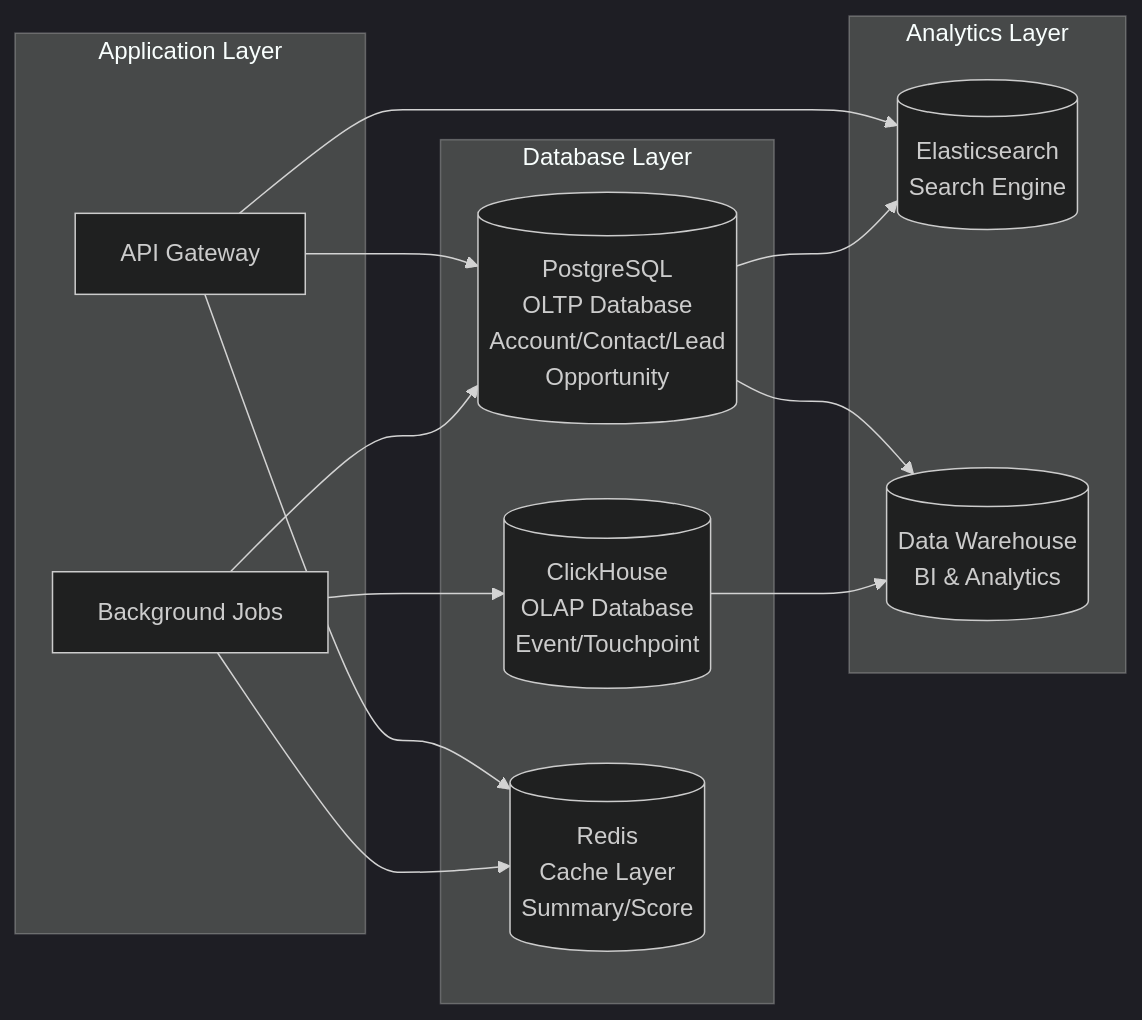
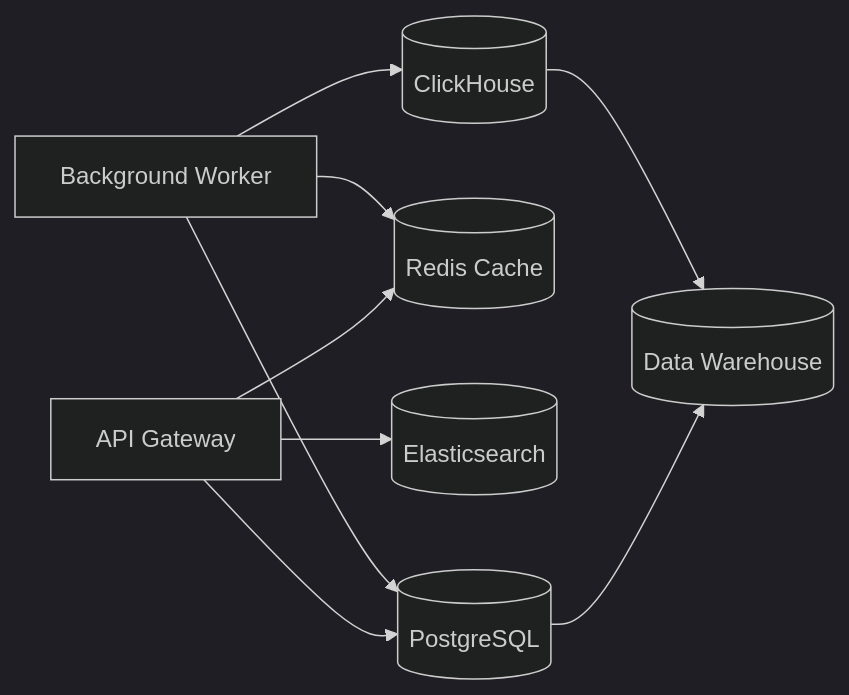
Before and after one commit to 312268112/advanced-java: the second of 25 diagrams in docs/b2b-cdp-entity-design.md, drawn with Mermaid (dark theme). The commit also changed other lines of this file, not shown here.

````diff
--- a/docs/b2b-cdp-entity-design.md
+++ b/docs/b2b-cdp-entity-design.md
@@ -107,28 +62,13 @@
 ```mermaid
 graph LR
-    subgraph ApplicationLayer[Application Layer]
-        API[API Gateway]
-        Worker[Background Jobs]
-    end
+    API[API Gateway] --> PG[(PostgreSQL)]
+    API --> RD[(Redis Cache)]
+    API --> ES[(Elasticsearch)]
     
-    subgraph DatabaseLayer[Database Layer]
-        PostgreSQL[(PostgreSQL<br/>OLTP Database<br/>Account/Contact/Lead<br/>Opportunity)]
-        ClickHouse[(ClickHouse<br/>OLAP Database<br/>Event/Touchpoint)]
-        Redis[(Redis<br/>Cache Layer<br/>Summary/Score)]
-    end
+    WK[Background Worker] --> PG
+    WK --> CH[(ClickHouse)]
+    WK --> RD
     
-    subgraph AnalyticsLayer[Analytics Layer]
-        Elasticsearch[(Elasticsearch<br/>Search Engine)]
-        DataWarehouse[(Data Warehouse<br/>BI & Analytics)]
-    end
-    
-    API --> PostgreSQL
-    API --> Redis
-    API --> Elasticsearch
-    Worker --> PostgreSQL
-    Worker --> ClickHouse
-    Worker --> Redis
-    PostgreSQL --> Elasticsearch
-    PostgreSQL --> DataWarehouse
-    ClickHouse --> DataWarehouse
+    PG --> DW[(Data Warehouse)]
+    CH --> DW
 ```
````
